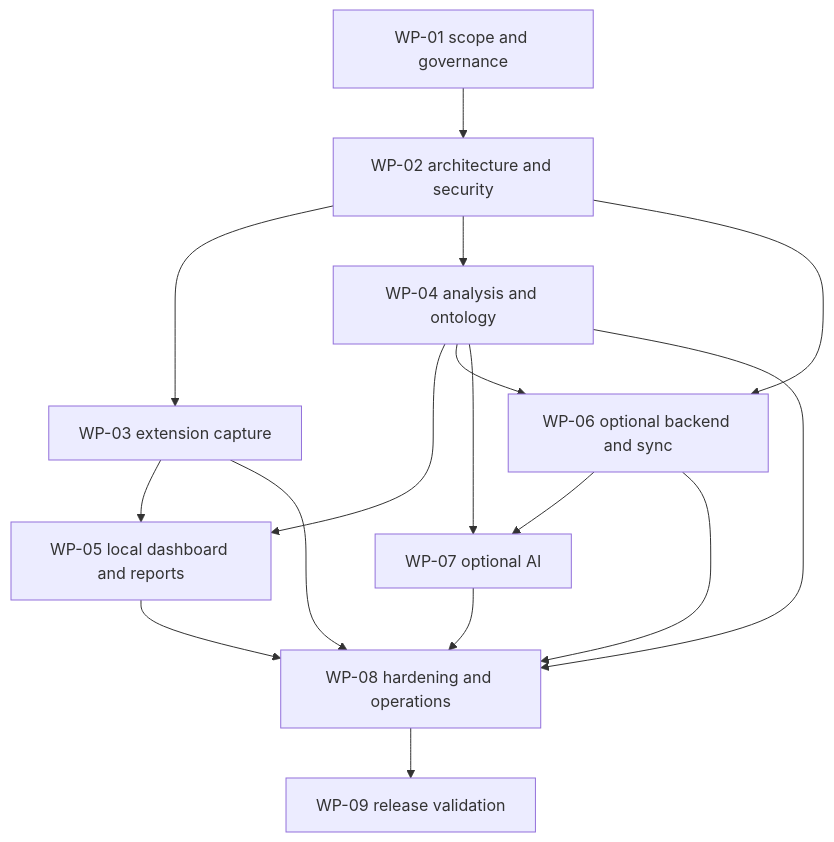
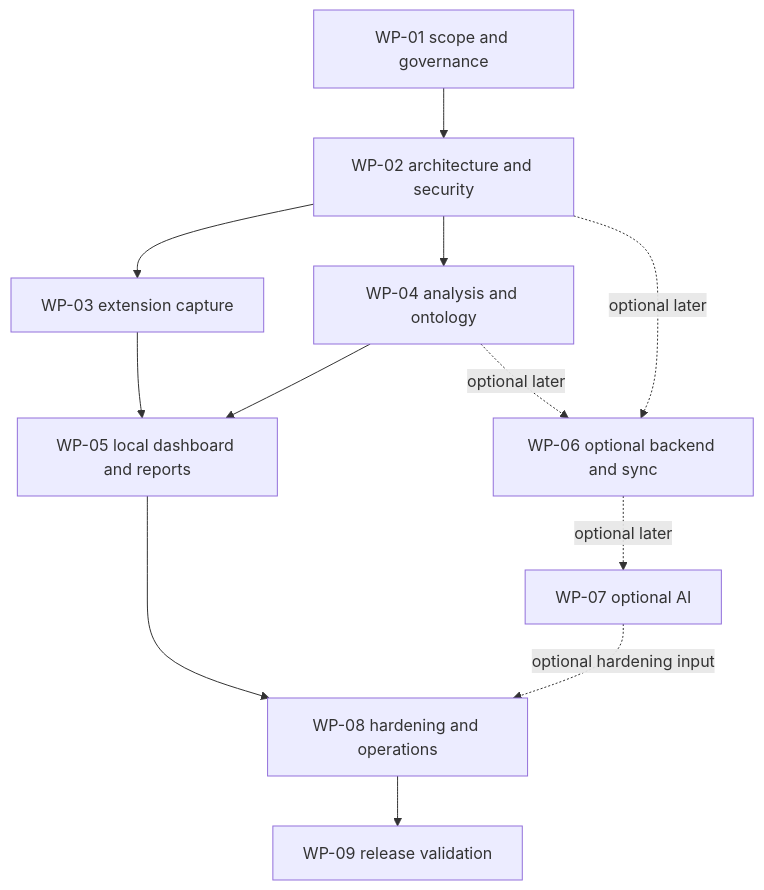
The diagram in docs/plans/master-plan.md (phooriwat3/jobskill-radar), drawn with Mermaid before and after one commit. The commit also changed other lines of this file and 25 other files, not shown here.

```diff
--- a/docs/plans/master-plan.md
+++ b/docs/plans/master-plan.md
@@ -120,18 +134,14 @@
 ~~~mermaid
 flowchart TD
   WP01[WP-01 scope and governance] --> WP02[WP-02 architecture and security]
   WP02 --> WP03[WP-03 extension capture]
   WP02 --> WP04[WP-04 analysis and ontology]
   WP03 --> WP05[WP-05 local dashboard and reports]
   WP04 --> WP05
-  WP02 --> WP06[WP-06 optional backend and sync]
-  WP04 --> WP06
-  WP04 --> WP07[WP-07 optional AI]
-  WP06 --> WP07
-  WP03 --> WP08[WP-08 hardening and operations]
-  WP04 --> WP08
-  WP05 --> WP08
-  WP06 --> WP08
-  WP07 --> WP08
+  WP05 --> WP08[WP-08 hardening and operations]
   WP08 --> WP09[WP-09 release validation]
+  WP02 -. optional later .-> WP06[WP-06 optional backend and sync]
+  WP04 -. optional later .-> WP06
+  WP06 -. optional later .-> WP07[WP-07 optional AI]
+  WP07 -. optional hardening input .-> WP08
 ~~~
```
